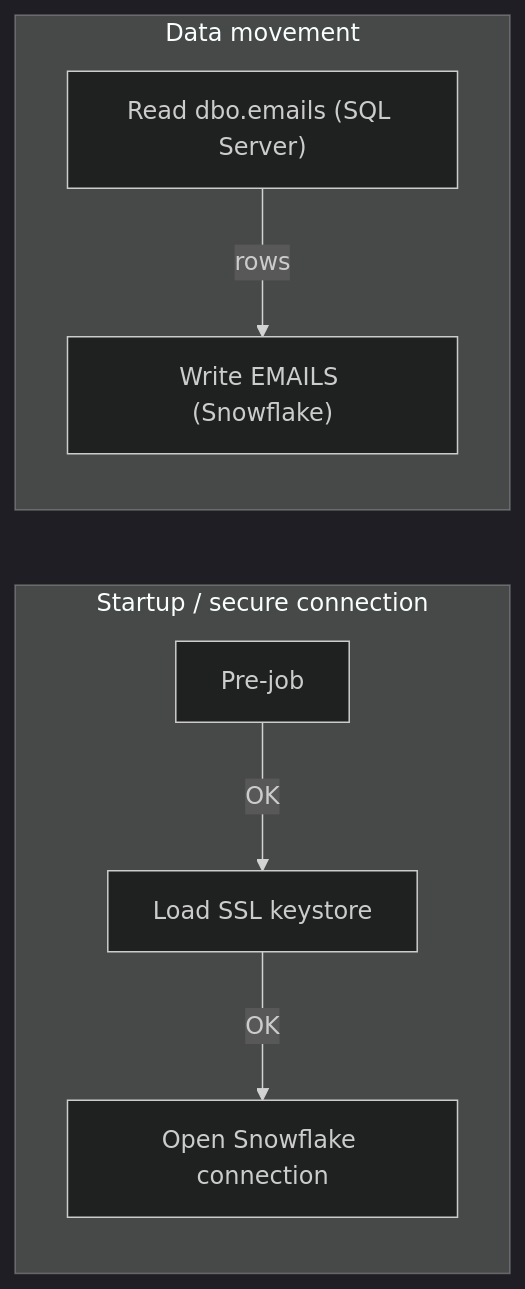
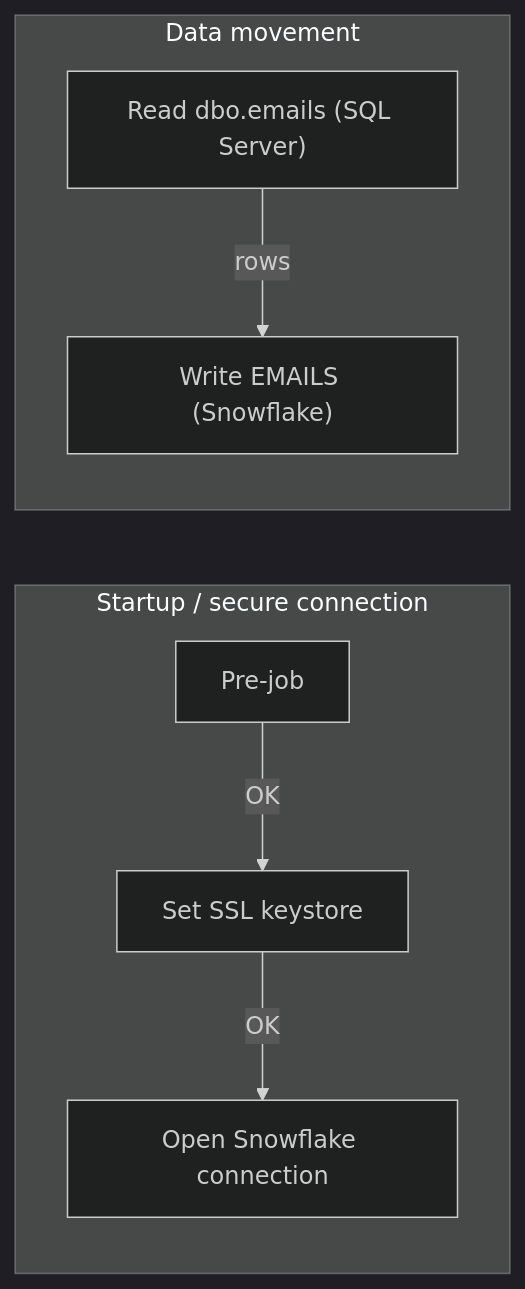
The diagram in applications/talend/famigration/drafts/talend/FAMIGRATION/job_Emails_Load.md (jasonchang2018/hh-compendium), drawn with Mermaid (dark theme) before and after one commit. The commit also changed other lines of this file and 40 other files, not shown here.

````diff
--- a/applications/talend/famigration/drafts/talend/FAMIGRATION/job_Emails_Load.md
+++ b/applications/talend/famigration/drafts/talend/FAMIGRATION/job_Emails_Load.md
@@ -24,10 +26,10 @@
 ```mermaid
 graph LR
-    subgraph Startup[Startup / secure connection]
-        tPrejob_1[Pre-job] -->|OK| tSetKeystore_1[Load SSL keystore]
-        tSetKeystore_1 -->|OK| tDBConnection_1[Open Snowflake connection]
+    subgraph Startup["Startup / secure connection"]
+        tPrejob_1["Pre-job"] -->|OK| tSetKeystore_1["Set SSL keystore"]
+        tSetKeystore_1 -->|OK| tDBConnection_1["Open Snowflake connection"]
     end
-    subgraph DataFlow[Data movement]
+    subgraph DataFlow["Data movement"]
         tDBInput_1["Read dbo.emails (SQL Server)"] -->|rows| tDBOutput_1["Write EMAILS (Snowflake)"]
     end
 ```
````
